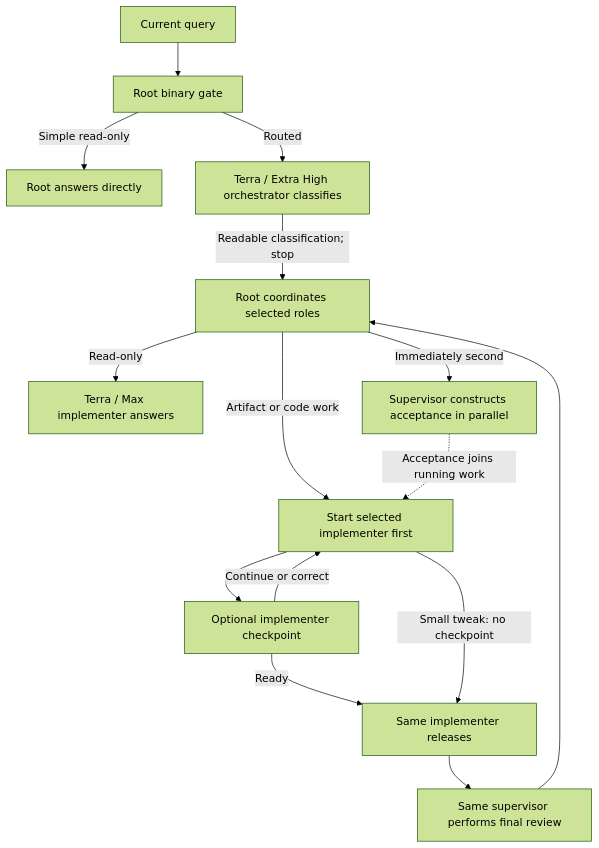
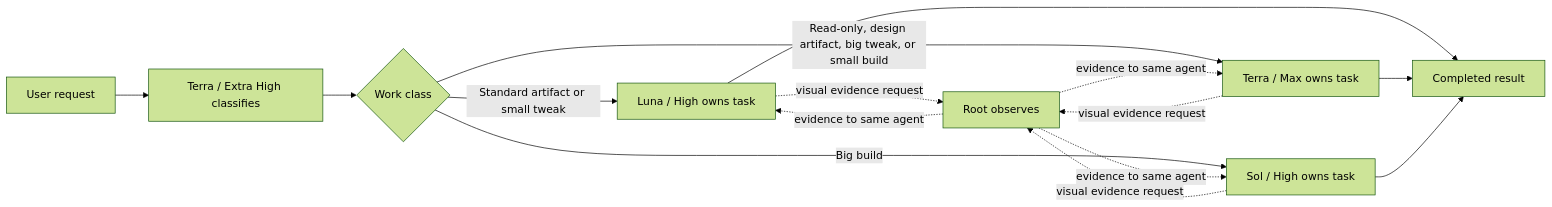
One commit to jessejaffe/codex-orchestration changed the diagram in README.md. Above: the diagram before and after it, drawn with Mermaid (forest theme). The commit also changed other lines of this file and 13 other files, not shown here.

````diff
--- a/README.md
+++ b/README.md
@@ -80,17 +15,17 @@
 ```mermaid
-flowchart TD
-    U["Current query"] --> G["Root binary gate"]
-    G -->|"Simple read-only"| A["Root answers directly"]
-    G -->|"Routed"| O["Terra / Extra High orchestrator classifies"]
-    O -->|"Readable classification; stop"| R["Root coordinates selected roles"]
-    R -->|"Read-only"| RI["Terra / Max implementer answers"]
-    R -->|"Artifact or code work"| I["Start selected implementer first"]
-    R -->|"Immediately second"| S["Supervisor constructs acceptance in parallel"]
-    S -.->|"Acceptance joins running work"| I
-    I --> C["Optional implementer checkpoint"]
-    C -->|"Continue or correct"| I
-    C -->|"Ready"| X["Same implementer releases"]
-    I -->|"Small tweak: no checkpoint"| X
-    X --> F["Same supervisor performs final review"]
-    F --> R
+flowchart LR
+    U["User request"] --> C["Terra / Extra High classifies"]
+    C --> R{"Work class"}
+    R -->|"Standard artifact or small tweak"| L["Luna / High owns task"]
+    R -->|"Read-only, design artifact, big tweak, or small build"| T["Terra / Max owns task"]
+    R -->|"Big build"| S["Sol / High owns task"]
+    L --> D["Completed result"]
+    T --> D
+    S --> D
+    L -. "visual evidence request" .-> V["Root observes"]
+    T -. "visual evidence request" .-> V
+    S -. "visual evidence request" .-> V
+    V -. "evidence to same agent" .-> L
+    V -. "evidence to same agent" .-> T
+    V -. "evidence to same agent" .-> S
 ```
````
